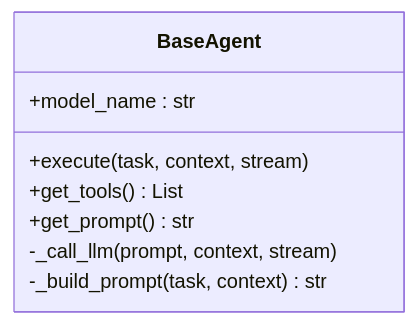
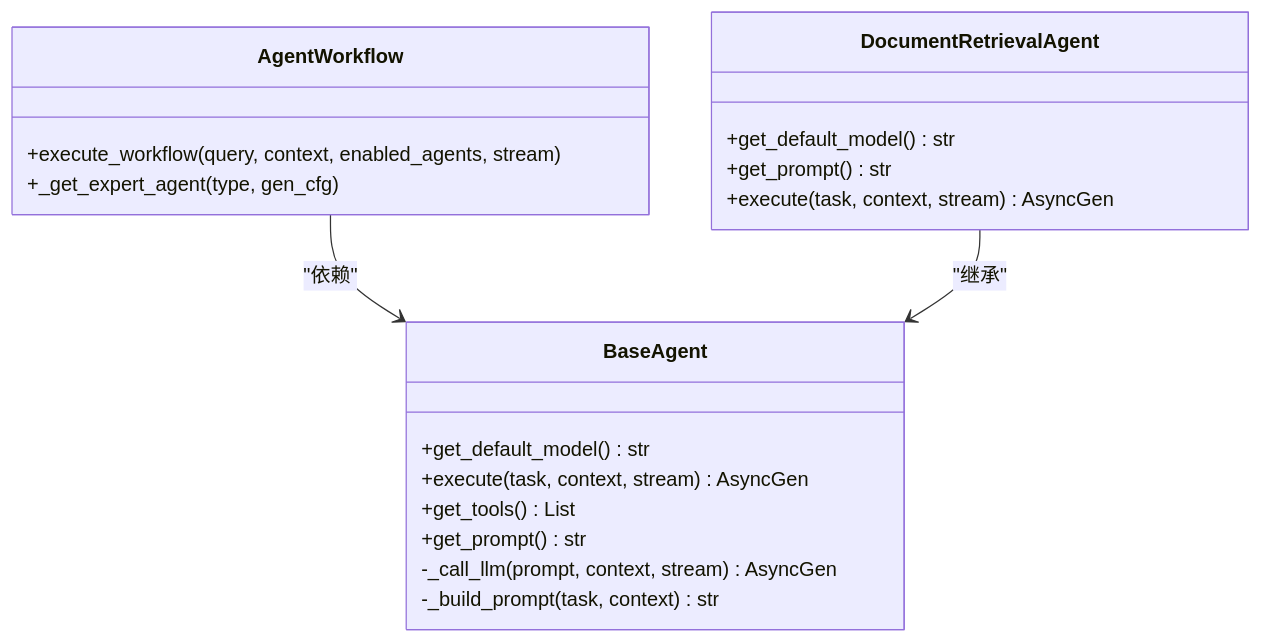
Before and after one commit to iammm0/advanced-rag: the sixth of 7 diagrams in .qoder/repowiki/zh/content/项目概述/项目概述.md, drawn with Mermaid. The commit also changed other lines of this file and 233 other files, not shown here.

````diff
--- a/.qoder/repowiki/zh/content/项目概述/项目概述.md
+++ b/.qoder/repowiki/zh/content/项目概述/项目概述.md
@@ -277,11 +237,22 @@
 ```mermaid
 classDiagram
 class BaseAgent {
-+model_name : str
-+execute(task, context, stream)
++get_default_model() str
++execute(task, context, stream) AsyncGen
 +get_tools() List
 +get_prompt() str
--_call_llm(prompt, context, stream)
+-_call_llm(prompt, context, stream) AsyncGen
 -_build_prompt(task, context) str
 }
+class AgentWorkflow {
++execute_workflow(query, context, enabled_agents, stream)
++_get_expert_agent(type, gen_cfg)
+}
+class DocumentRetrievalAgent {
++get_default_model() str
++get_prompt() str
++execute(task, context, stream) AsyncGen
+}
+AgentWorkflow --> BaseAgent : "依赖"
+DocumentRetrievalAgent --> BaseAgent : "继承"
 ```
````
